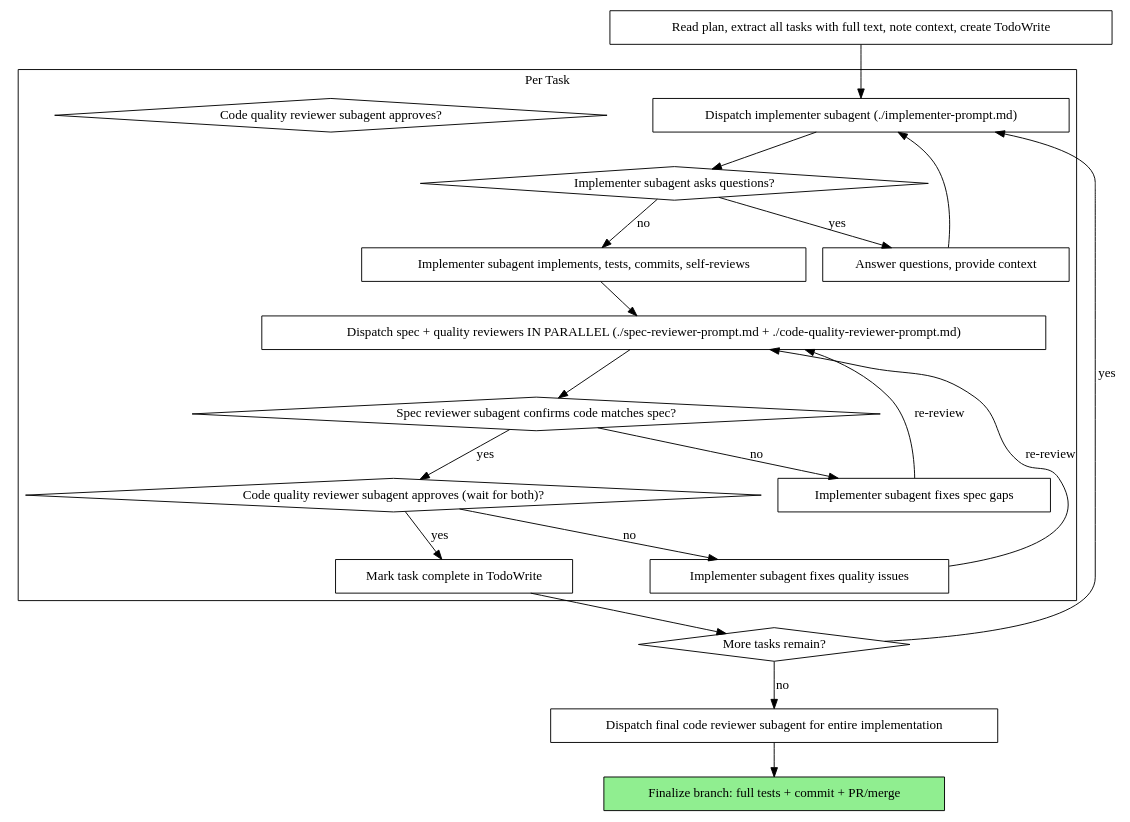
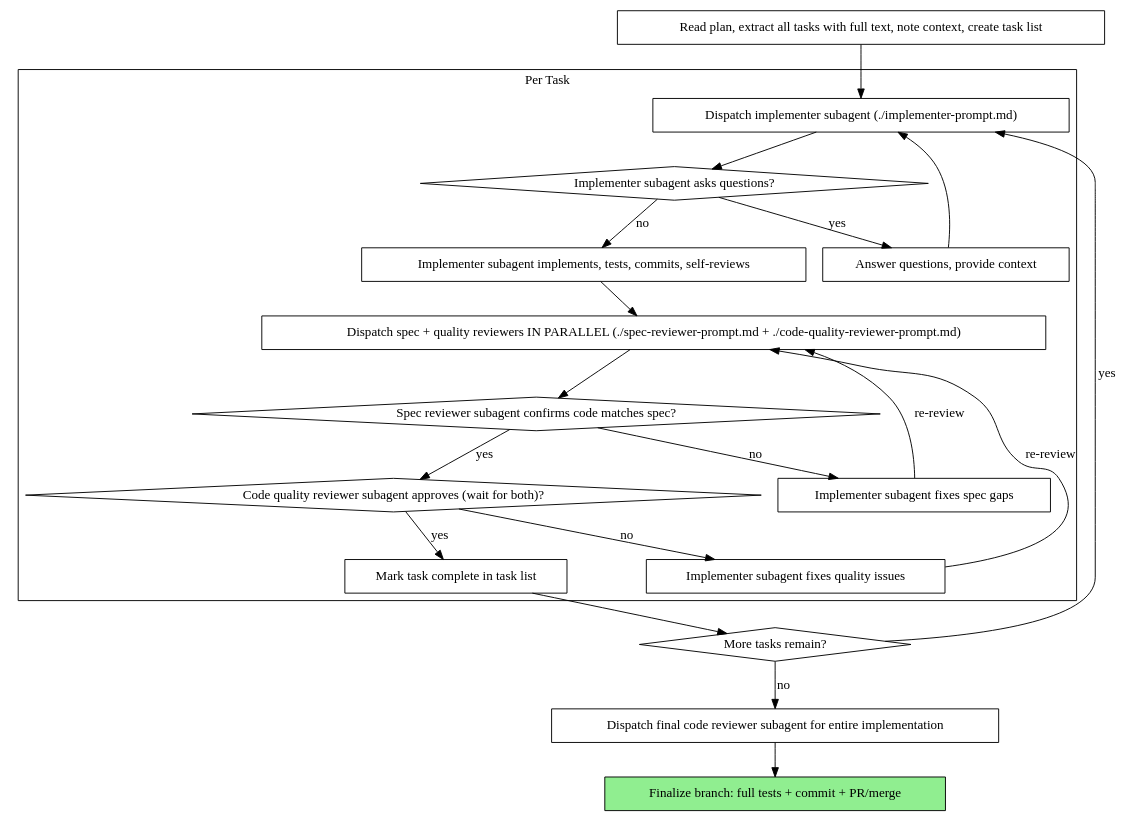
One commit to newkayak12/claude-skills changed the diagram in agents/skills/subagent-driven-development/SKILL.md. Above: the diagram before and after it, drawn with Graphviz. The commit also changed other lines of this file and 9 other files, not shown here.

````diff
--- a/agents/skills/subagent-driven-development/SKILL.md
+++ b/agents/skills/subagent-driven-development/SKILL.md
@@ -41,43 +41,42 @@
 ```dot
 digraph process {
     rankdir=TB;
 
     subgraph cluster_per_task {
         label="Per Task";
         "Dispatch implementer subagent (./implementer-prompt.md)" [shape=box];
         "Implementer subagent asks questions?" [shape=diamond];
         "Answer questions, provide context" [shape=box];
         "Implementer subagent implements, tests, commits, self-reviews" [shape=box];
         "Dispatch spec + quality reviewers IN PARALLEL (./spec-reviewer-prompt.md + ./code-quality-reviewer-prompt.md)" [shape=box];
         "Spec reviewer subagent confirms code matches spec?" [shape=diamond];
         "Implementer subagent fixes spec gaps" [shape=box];
         "Code quality reviewer subagent approves (wait for both)?" [shape=diamond];
-        "Code quality reviewer subagent approves?" [shape=diamond];
         "Implementer subagent fixes quality issues" [shape=box];
-        "Mark task complete in TodoWrite" [shape=box];
+        "Mark task complete in task list" [shape=box];
     }
 
-    "Read plan, extract all tasks with full text, note context, create TodoWrite" [shape=box];
+    "Read plan, extract all tasks with full text, note context, create task list" [shape=box];
     "More tasks remain?" [shape=diamond];
     "Dispatch final code reviewer subagent for entire implementation" [shape=box];
     "Finalize branch: full tests + commit + PR/merge" [shape=box style=filled fillcolor=lightgreen];
 
-    "Read plan, extract all tasks with full text, note context, create TodoWrite" -> "Dispatch implementer subagent (./implementer-prompt.md)";
+    "Read plan, extract all tasks with full text, note context, create task list" -> "Dispatch implementer subagent (./implementer-prompt.md)";
     "Dispatch implementer subagent (./implementer-prompt.md)" -> "Implementer subagent asks questions?";
     "Implementer subagent asks questions?" -> "Answer questions, provide context" [label="yes"];
     "Answer questions, provide context" -> "Dispatch implementer subagent (./implementer-prompt.md)";
     "Implementer subagent asks questions?" -> "Implementer subagent implements, tests, commits, self-reviews" [label="no"];
     "Implementer subagent implements, tests, commits, self-reviews" -> "Dispatch spec + quality reviewers IN PARALLEL (./spec-reviewer-prompt.md + ./code-quality-reviewer-prompt.md)";
     "Dispatch spec + quality reviewers IN PARALLEL (./spec-reviewer-prompt.md + ./code-quality-reviewer-prompt.md)" -> "Spec reviewer subagent confirms code matches spec?";
     "Spec reviewer subagent confirms code matches spec?" -> "Implementer subagent fixes spec gaps" [label="no"];
     "Implementer subagent fixes spec gaps" -> "Dispatch spec + quality reviewers IN PARALLEL (./spec-reviewer-prompt.md + ./code-quality-reviewer-prompt.md)" [label="re-review"];
     "Spec reviewer subagent confirms code matches spec?" -> "Code quality reviewer subagent approves (wait for both)?" [label="yes"];
     "Code quality reviewer subagent approves (wait for both)?" -> "Implementer subagent fixes quality issues" [label="no"];
     "Implementer subagent fixes quality issues" -> "Dispatch spec + quality reviewers IN PARALLEL (./spec-reviewer-prompt.md + ./code-quality-reviewer-prompt.md)" [label="re-review"];
-    "Code quality reviewer subagent approves (wait for both)?" -> "Mark task complete in TodoWrite" [label="yes"];
-    "Mark task complete in TodoWrite" -> "More tasks remain?";
+    "Code quality reviewer subagent approves (wait for both)?" -> "Mark task complete in task list" [label="yes"];
+    "Mark task complete in task list" -> "More tasks remain?";
     "More tasks remain?" -> "Dispatch implementer subagent (./implementer-prompt.md)" [label="yes"];
     "More tasks remain?" -> "Dispatch final code reviewer subagent for entire implementation" [label="no"];
     "Dispatch final code reviewer subagent for entire implementation" -> "Finalize branch: full tests + commit + PR/merge";
 }
 ```
````
